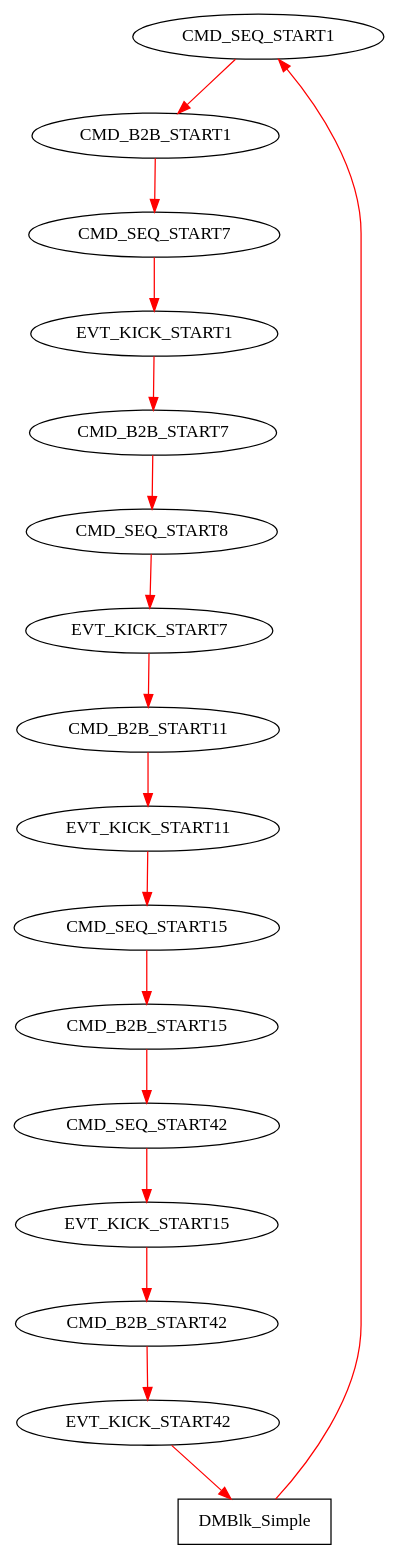
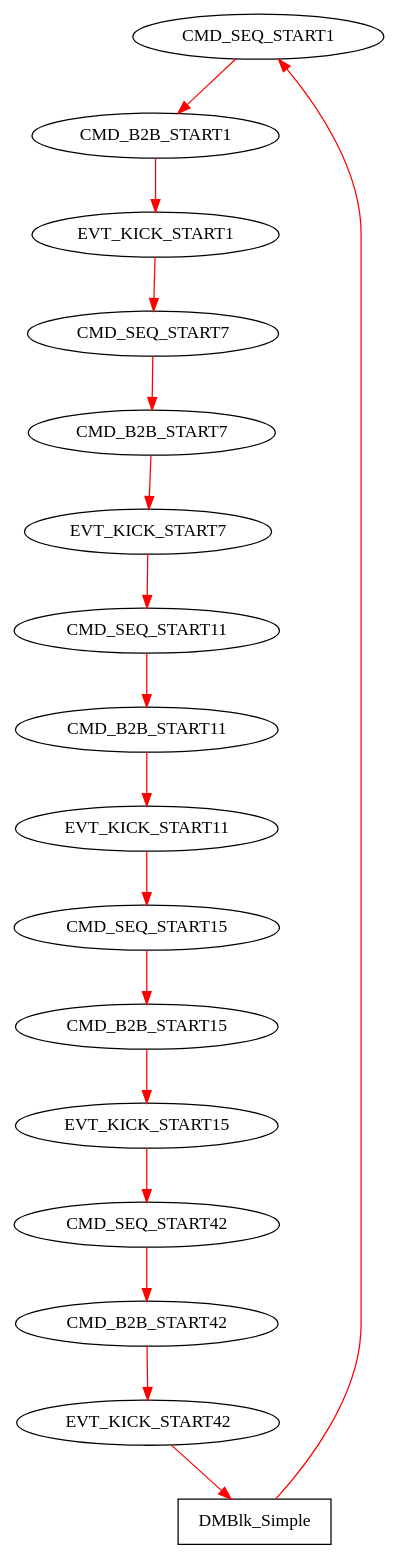
The diagram in modules/b2b/x86/b2b-test.dot (GSI-CS-CO/bel_projects), drawn with Graphviz before and after one commit. The commit also changed 2 other files, not shown here.

```diff
--- a/modules/b2b/x86/b2b-test.dot
+++ b/modules/b2b/x86/b2b-test.dot
@@ -1,29 +1,29 @@
 digraph g {
 name="testv1";
 
 graph [rankdir=TB, nodesep=0.6, mindist=0.6, ranksep=0.6, overlap=false]
 node  [type="tmsg",   shape="rectangle", style="filled", fillcolor="white", color="black", cpu="3"]
 edge  [type="defdst", color="red"]
 
 // events mit block
 CMD_SEQ_START1      [type="tmsg",      pattern="B2B_TEST", patentry="true",   toffs=          0, id="0x112c101000100001", par="0x123", shape="oval"];
 CMD_B2B_START1      [type="tmsg",      pattern="B2B_TEST",                    toffs=  100000000, id="0x112c81f000100001", par="0x456", shape="oval"];
+EVT_KICK_START1     [type="tmsg",      pattern="B2B_TEST",                    toffs=  101900000, id="0x112c031000100001", par="0x456", shape="oval"];
 CMD_SEQ_START7      [type="tmsg",      pattern="B2B_TEST",                    toffs=  200000000, id="0x112c101000700001", par="0x123", shape="oval"];
-EVT_KICK_START1     [type="tmsg",      pattern="B2B_TEST",                    toffs=  290000000, id="0x112c031000100001", par="0x456", shape="oval"];
 CMD_B2B_START7      [type="tmsg",      pattern="B2B_TEST",                    toffs=  300000000, id="0x112c81f000700001", par="0x456", shape="oval"];
-CMD_SEQ_START8      [type="tmsg",      pattern="B2B_TEST",                    toffs=  400000000, id="0x1154101000b00001", par="0x123", shape="oval"];
-EVT_KICK_START7     [type="tmsg",      pattern="B2B_TEST",                    toffs=  290000000, id="0x112c031000700001", par="0x456", shape="oval"];
+EVT_KICK_START7     [type="tmsg",      pattern="B2B_TEST",                    toffs=  301900000, id="0x112c031000700001", par="0x456", shape="oval"];
+CMD_SEQ_START11     [type="tmsg",      pattern="B2B_TEST",                    toffs=  400000000, id="0x1154101000b00001", par="0x123", shape="oval"];
 CMD_B2B_START11     [type="tmsg",      pattern="B2B_TEST",                    toffs=  500000000, id="0x115481f000b00001", par="0x456", shape="oval"];
-EVT_KICK_START11    [type="tmsg",      pattern="B2B_TEST",                    toffs=  690000000, id="0x1154045000b00001", par="0x456", shape="oval"];
+EVT_KICK_START11    [type="tmsg",      pattern="B2B_TEST",                    toffs=  501900000, id="0x1154045000b00001", par="0x456", shape="oval"];
 CMD_SEQ_START15     [type="tmsg",      pattern="B2B_TEST",                    toffs=  700000000, id="0x112c101000f00001", par="0x123", shape="oval"];
 CMD_B2B_START15     [type="tmsg",      pattern="B2B_TEST",                    toffs=  800000000, id="0x112c81f000f00001", par="0x456", shape="oval"];
+EVT_KICK_START15    [type="tmsg",      pattern="B2B_TEST",                    toffs=  801900000, id="0x112c031000f00001", par="0x456", shape="oval"];
 CMD_SEQ_START42     [type="tmsg",      pattern="B2B_TEST",                    toffs=  900000000, id="0x112c101004200001", par="0x123", shape="oval"];
-EVT_KICK_START15    [type="tmsg",      pattern="B2B_TEST",                    toffs=  990000000, id="0x112c031000f00001", par="0x456", shape="oval"];
 CMD_B2B_START42     [type="tmsg",      pattern="B2B_TEST",                    toffs= 1000000000, id="0x112c81f004200001", par="0x456", shape="oval"];
 EVT_KICK_START42    [type="tmsg",      pattern="B2B_TEST",                    toffs= 1190000000, id="0x112c031004200001", par="0x456", shape="oval"];
 
 DMBlk_Simple        [type="block",     pattern="B2B_TEST", patexit="true",  tperiod= 1200000000];                                 
 
 // sequenz
-CMD_SEQ_START1 -> CMD_B2B_START1 -> CMD_SEQ_START7 -> EVT_KICK_START1 -> CMD_B2B_START7 -> CMD_SEQ_START8 -> EVT_KICK_START7 -> CMD_B2B_START11 -> EVT_KICK_START11 -> CMD_SEQ_START15 -> CMD_B2B_START15 -> CMD_SEQ_START42 -> EVT_KICK_START15 -> CMD_B2B_START42 -> EVT_KICK_START42 -> DMBlk_Simple -> CMD_SEQ_START1;
+CMD_SEQ_START1 -> CMD_B2B_START1 -> EVT_KICK_START1 -> CMD_SEQ_START7 -> CMD_B2B_START7 -> EVT_KICK_START7 -> CMD_SEQ_START11 -> CMD_B2B_START11 -> EVT_KICK_START11 -> CMD_SEQ_START15 -> CMD_B2B_START15 -> EVT_KICK_START15 -> CMD_SEQ_START42 -> CMD_B2B_START42 -> EVT_KICK_START42 -> DMBlk_Simple -> CMD_SEQ_START1;
 }
```
